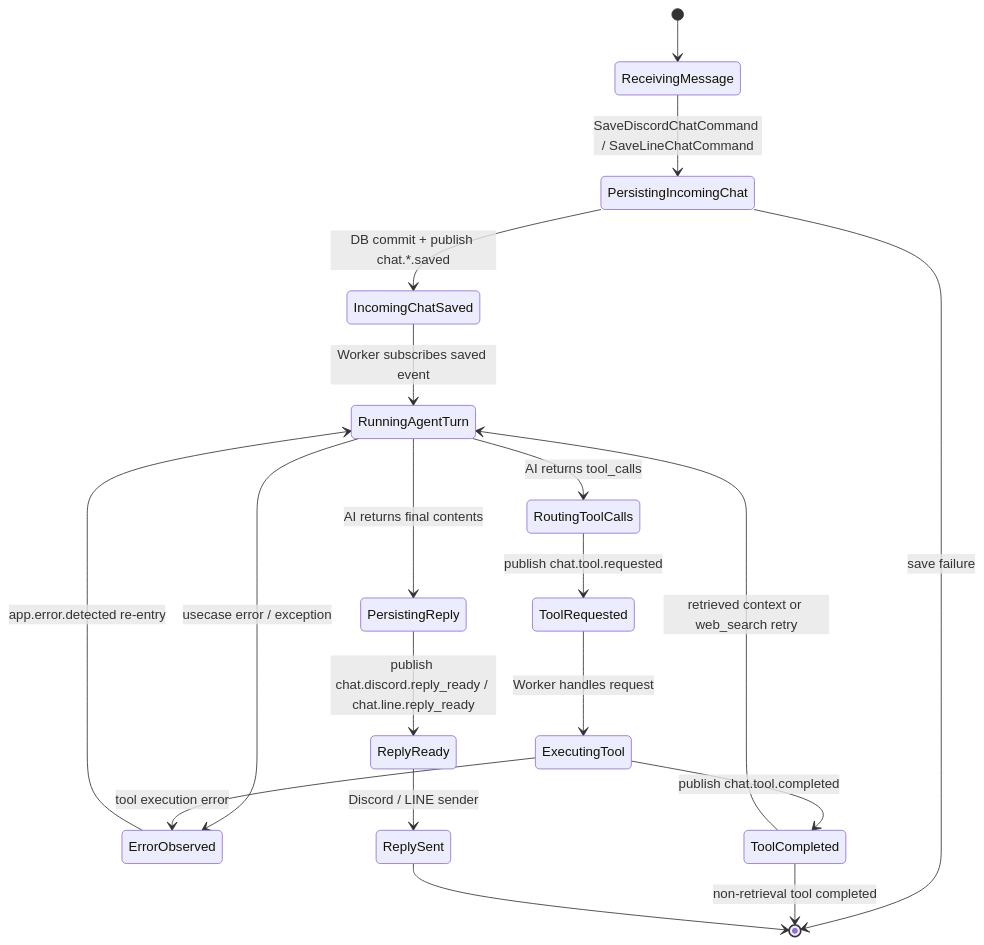
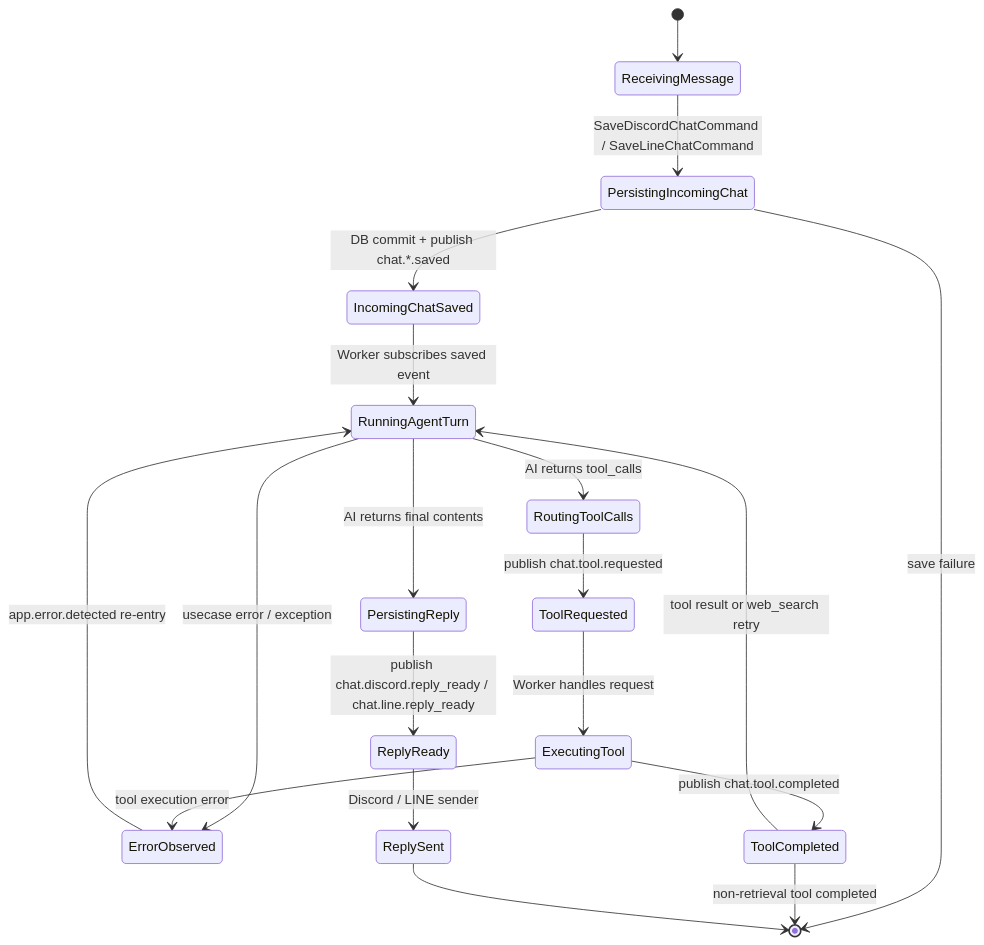
The second of 2 diagrams in docs/architecture/event-call-graph.md (aiagate/agentic-chat-foundation), drawn with Mermaid before and after one commit. The commit also changed other lines of this file and 120 other files, not shown here.

First line of the commit message:
Add tests for agent turn requests and memory context handling

````diff
--- a/docs/architecture/event-call-graph.md
+++ b/docs/architecture/event-call-graph.md
@@ -176,28 +176,28 @@
 ```mermaid
 stateDiagram-v2
     [*] --> ReceivingMessage
 
     ReceivingMessage --> PersistingIncomingChat: SaveDiscordChatCommand / SaveLineChatCommand
     PersistingIncomingChat --> IncomingChatSaved: DB commit + publish chat.*.saved
     PersistingIncomingChat --> [*]: save failure
 
     IncomingChatSaved --> RunningAgentTurn: Worker subscribes saved event
 
     RunningAgentTurn --> RoutingToolCalls: AI returns tool_calls
     RunningAgentTurn --> PersistingReply: AI returns final contents
     RunningAgentTurn --> ErrorObserved: usecase error / exception
 
     RoutingToolCalls --> ToolRequested: publish chat.tool.requested
     ToolRequested --> ExecutingTool: Worker handles request
     ExecutingTool --> ToolCompleted: publish chat.tool.completed
     ExecutingTool --> ErrorObserved: tool execution error
 
-    ToolCompleted --> RunningAgentTurn: retrieved context or web_search retry
+    ToolCompleted --> RunningAgentTurn: tool result or web_search retry
     ToolCompleted --> [*]: non-retrieval tool completed
 
     PersistingReply --> ReplyReady: publish chat.discord.reply_ready / chat.line.reply_ready
     ReplyReady --> ReplySent: Discord / LINE sender
     ReplySent --> [*]
 
     ErrorObserved --> RunningAgentTurn: app.error.detected re-entry
 ```
````
